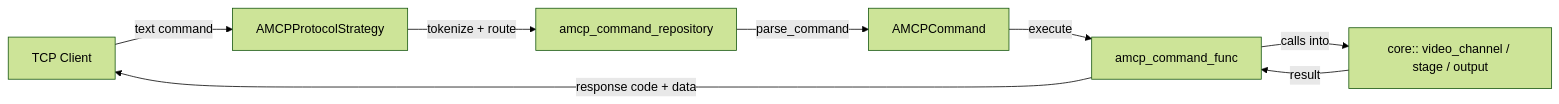
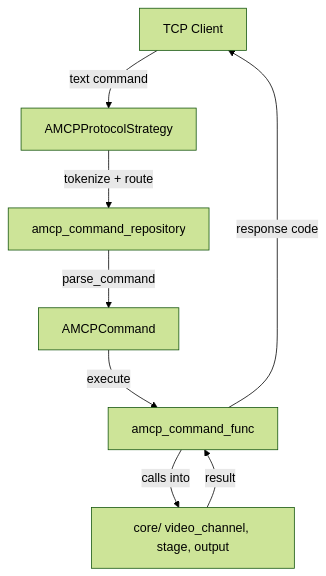
Before and after one commit to den-frie-vilje/casparCG: the fourth of 10 diagrams in docs/architecture.md, drawn with Mermaid (forest theme).

Commit message:
docs: make AMCP diagram top-down

````diff
--- a/docs/architecture.md
+++ b/docs/architecture.md
@@ -213,10 +213,11 @@
 ```mermaid
-flowchart LR
-    CLIENT[TCP Client] -->|text command| STRAT[AMCPProtocolStrategy]
+flowchart TD
+    CLIENT[TCP Client]
+    CLIENT -->|text command| STRAT[AMCPProtocolStrategy]
     STRAT -->|tokenize + route| REPO[amcp_command_repository]
     REPO -->|parse_command| CMD[AMCPCommand]
     CMD -->|execute| FUNC[amcp_command_func]
-    FUNC -->|calls into| CORE[core:: video_channel / stage / output]
+    FUNC -->|calls into| CORE[core/ video_channel, stage, output]
     CORE -->|result| FUNC
-    FUNC -->|response code + data| CLIENT
+    FUNC -->|response code| CLIENT
 ```
````
